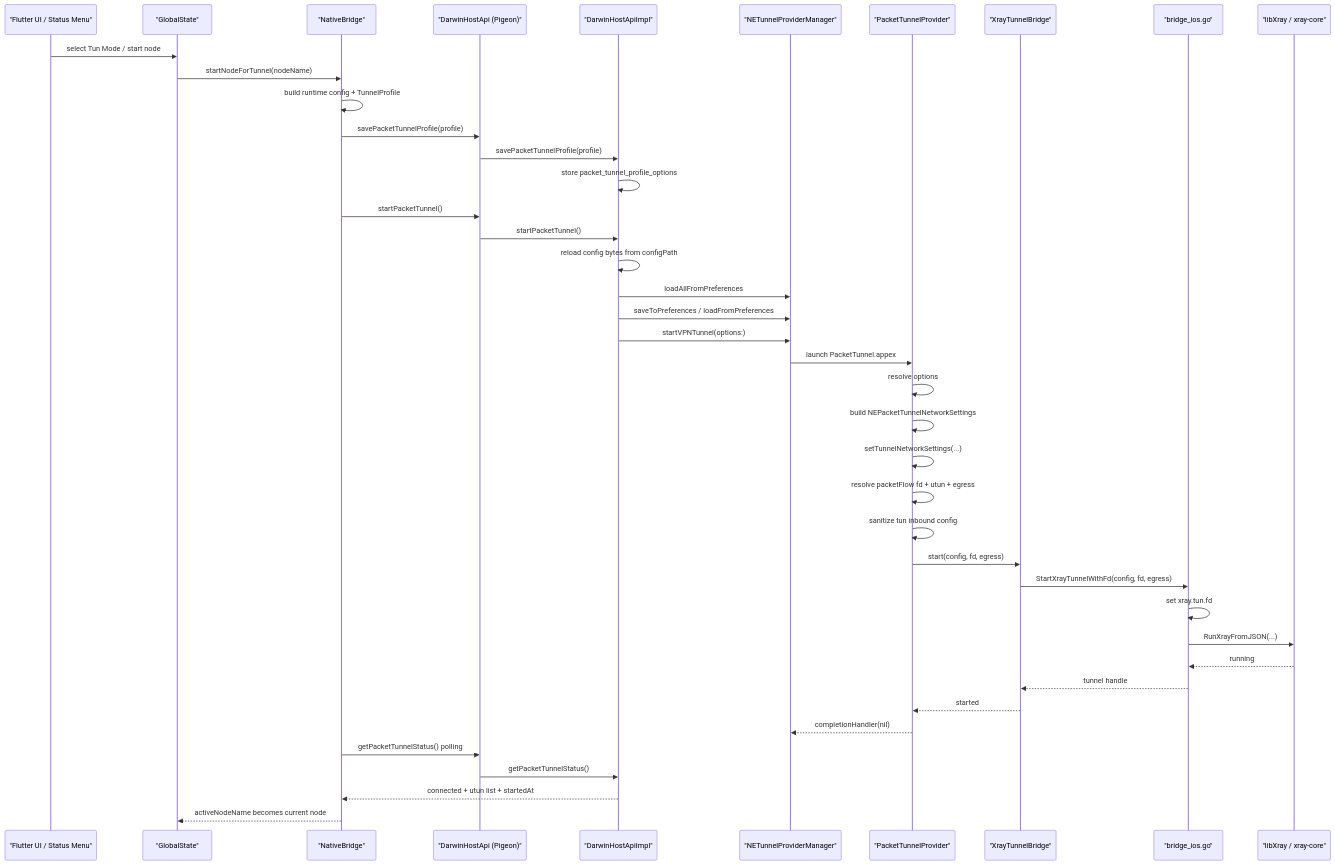
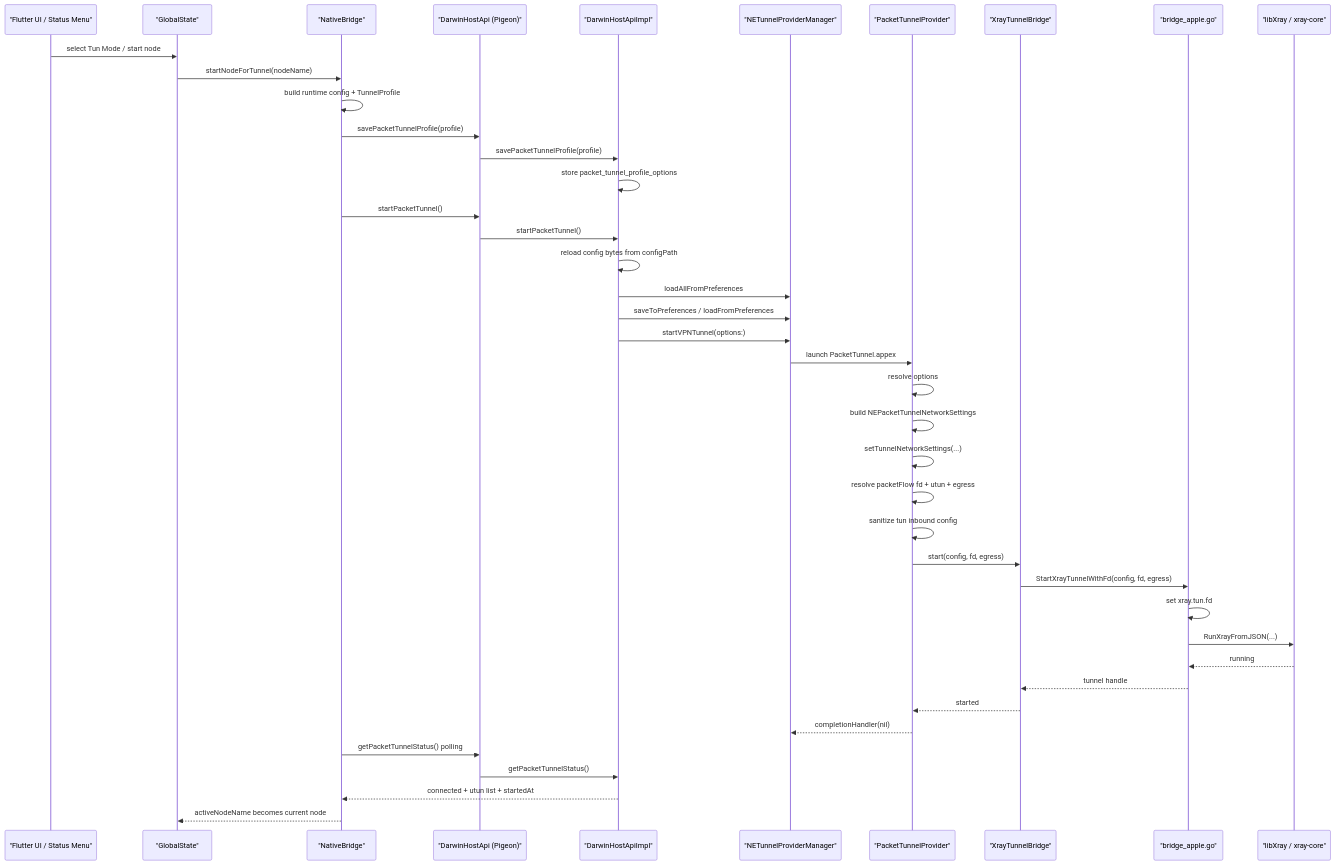
The second of 2 diagrams in docs/macos-packet-tunnel-implementation.md (ai-workspace-xstream/xconnect-app), drawn with Mermaid before and after one commit. The commit also changed other lines of this file and 11 other files, not shown here.

````diff
--- a/docs/macos-packet-tunnel-implementation.md
+++ b/docs/macos-packet-tunnel-implementation.md
@@ -167,44 +167,44 @@
 ```mermaid
 sequenceDiagram
   participant UI as "Flutter UI / Status Menu"
   participant GS as "GlobalState"
   participant NB as "NativeBridge"
   participant P as "DarwinHostApi (Pigeon)"
   participant H as "DarwinHostApiImpl"
   participant M as "NETunnelProviderManager"
   participant PT as "PacketTunnelProvider"
   participant XB as "XrayTunnelBridge"
-  participant GO as "bridge_ios.go"
+  participant GO as "bridge_apple.go"
   participant XR as "libXray / xray-core"
 
   UI->>GS: select Tun Mode / start node
   GS->>NB: startNodeForTunnel(nodeName)
   NB->>NB: build runtime config + TunnelProfile
   NB->>P: savePacketTunnelProfile(profile)
   P->>H: savePacketTunnelProfile(profile)
   H->>H: store packet_tunnel_profile_options
   NB->>P: startPacketTunnel()
   P->>H: startPacketTunnel()
   H->>H: reload config bytes from configPath
   H->>M: loadAllFromPreferences
   H->>M: saveToPreferences / loadFromPreferences
   H->>M: startVPNTunnel(options:)
   M->>PT: launch PacketTunnel.appex
   PT->>PT: resolve options
   PT->>PT: build NEPacketTunnelNetworkSettings
   PT->>PT: setTunnelNetworkSettings(...)
   PT->>PT: resolve packetFlow fd + utun + egress
   PT->>PT: sanitize tun inbound config
   PT->>XB: start(config, fd, egress)
   XB->>GO: StartXrayTunnelWithFd(config, fd, egress)
   GO->>GO: set xray.tun.fd
   GO->>XR: RunXrayFromJSON(...)
   XR-->>GO: running
   GO-->>XB: tunnel handle
   XB-->>PT: started
   PT-->>M: completionHandler(nil)
   NB->>P: getPacketTunnelStatus() polling
   P->>H: getPacketTunnelStatus()
   H-->>NB: connected + utun list + startedAt
   NB-->>GS: activeNodeName becomes current node
 ```
````
